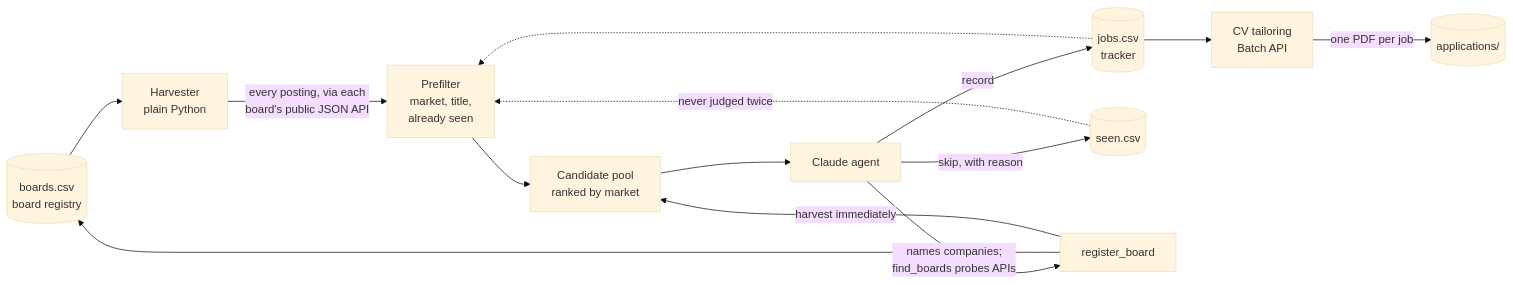
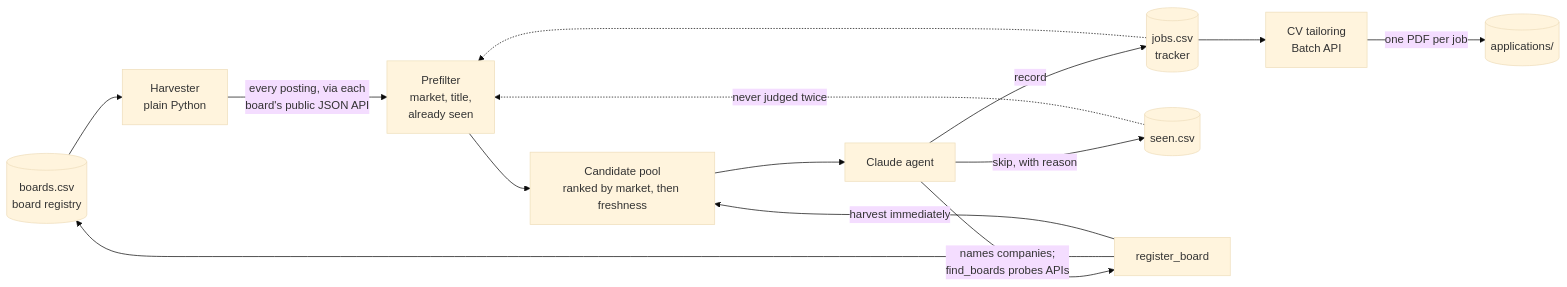
Before and after one commit to AdityaAji080/AI-Job-Agent: the diagram in README.md, drawn with Mermaid (base theme). The commit also changed other lines of this file and 7 other files, not shown here.

````diff
--- a/README.md
+++ b/README.md
@@ -25,16 +25,16 @@
 ```mermaid
 flowchart LR
     R[(boards.csv<br/>board registry)] --> H[Harvester<br/>plain Python]
     H -->|every posting, via each<br/>board's public JSON API| F[Prefilter<br/>market, title,<br/>already seen]
-    F --> P[Candidate pool<br/>ranked by market]
+    F --> P[Candidate pool<br/>ranked by market, then freshness]
     P --> A[Claude agent]
     A -->|record| J[(jobs.csv<br/>tracker)]
     A -->|skip, with reason| S[(seen.csv)]
     A -->|names companies;<br/>find_boards probes APIs| D[register_board]
     D --> R
     D -->|harvest immediately| P
     S -.->|never judged twice| F
     J -.-> F
     J --> T[CV tailoring<br/>Batch API]
     T -->|one PDF per job| C[(applications/)]
 ```
````
